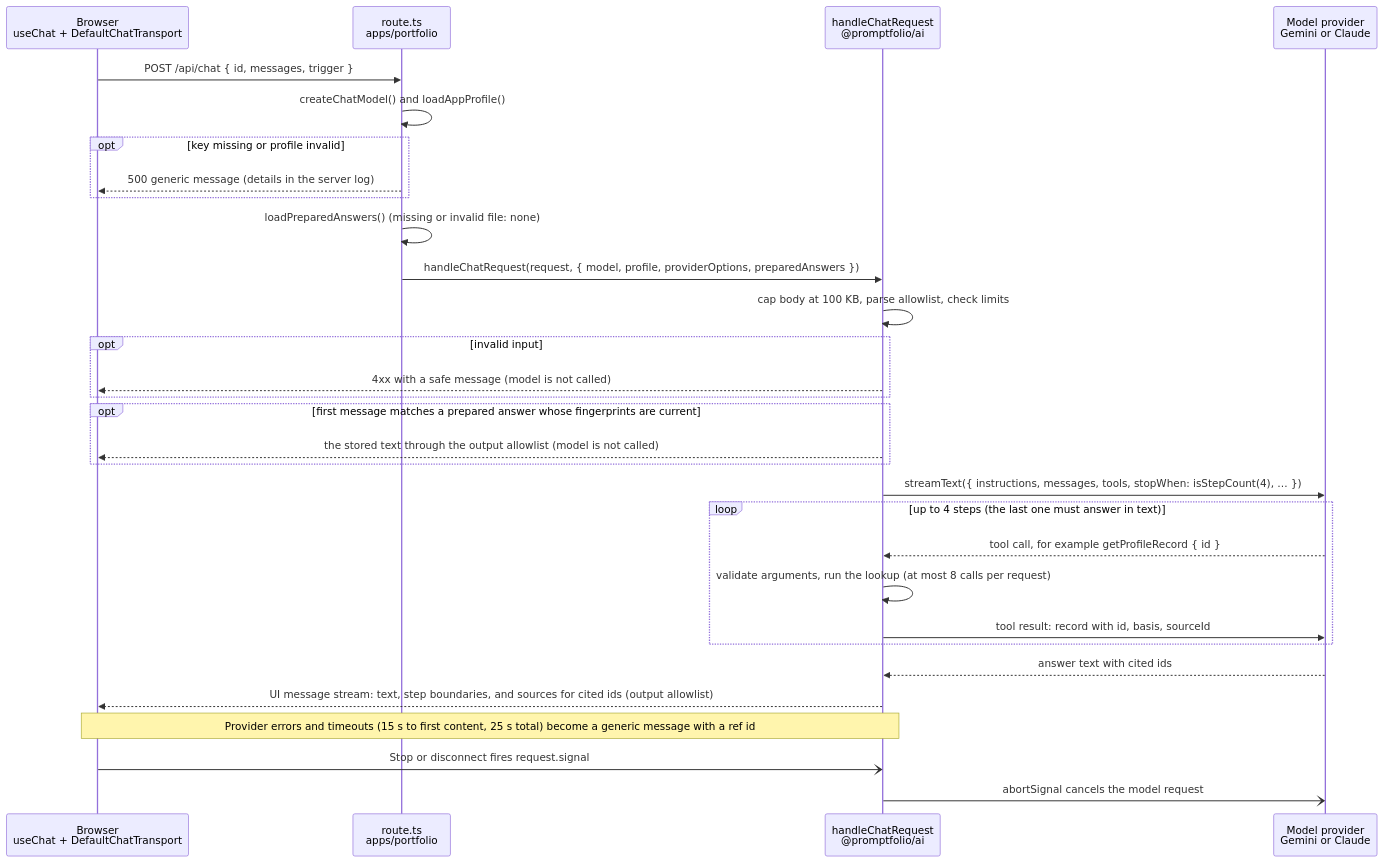
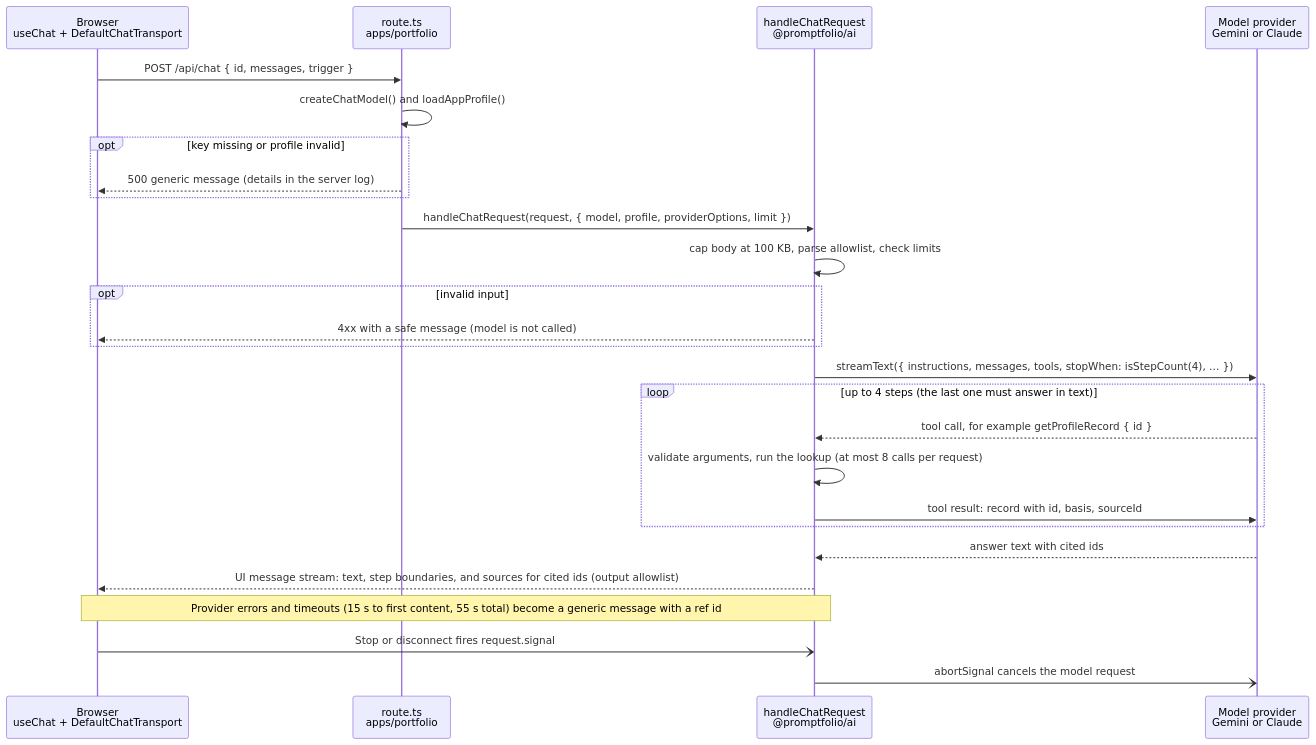
One commit to promptfolios/promptfolio changed the second of 7 diagrams in docs/ARCHITECTURE.md. Above: the diagram before and after it, drawn with Mermaid. The commit also changed other lines of this file and 11 other files, not shown here.

First line of the commit message:
docs: record removing prepared answers and fixed starters (M12.5)

````diff
--- a/docs/ARCHITECTURE.md
+++ b/docs/ARCHITECTURE.md
@@ -146,33 +137,29 @@
 ```mermaid
 sequenceDiagram
     participant B as Browser<br/>useChat + DefaultChatTransport
     participant R as route.ts<br/>apps/portfolio
     participant H as handleChatRequest<br/>@promptfolio/ai
     participant P as Model provider<br/>Gemini or Claude
 
     B->>R: POST /api/chat { id, messages, trigger }
     R->>R: createChatModel() and loadAppProfile()
     opt key missing or profile invalid
         R-->>B: 500 generic message (details in the server log)
     end
-    R->>R: loadPreparedAnswers() (missing or invalid file: none)
-    R->>H: handleChatRequest(request, { model, profile, providerOptions, preparedAnswers })
+    R->>H: handleChatRequest(request, { model, profile, providerOptions, limit })
     H->>H: cap body at 100 KB, parse allowlist, check limits
     opt invalid input
         H-->>B: 4xx with a safe message (model is not called)
-    end
-    opt first message matches a prepared answer whose fingerprints are current
-        H-->>B: the stored text through the output allowlist (model is not called)
     end
     H->>P: streamText({ instructions, messages, tools, stopWhen: isStepCount(4), … })
     loop up to 4 steps (the last one must answer in text)
         P-->>H: tool call, for example getProfileRecord { id }
         H->>H: validate arguments, run the lookup (at most 8 calls per request)
         H->>P: tool result: record with id, basis, sourceId
     end
     P-->>H: answer text with cited ids
     H-->>B: UI message stream: text, step boundaries, and sources for cited ids (output allowlist)
-    Note over B,H: Provider errors and timeouts (15 s to first content, 25 s total) become a generic message with a ref id
+    Note over B,H: Provider errors and timeouts (15 s to first content, 55 s total) become a generic message with a ref id
     B-)H: Stop or disconnect fires request.signal
     H-)P: abortSignal cancels the model request
 ```
````
